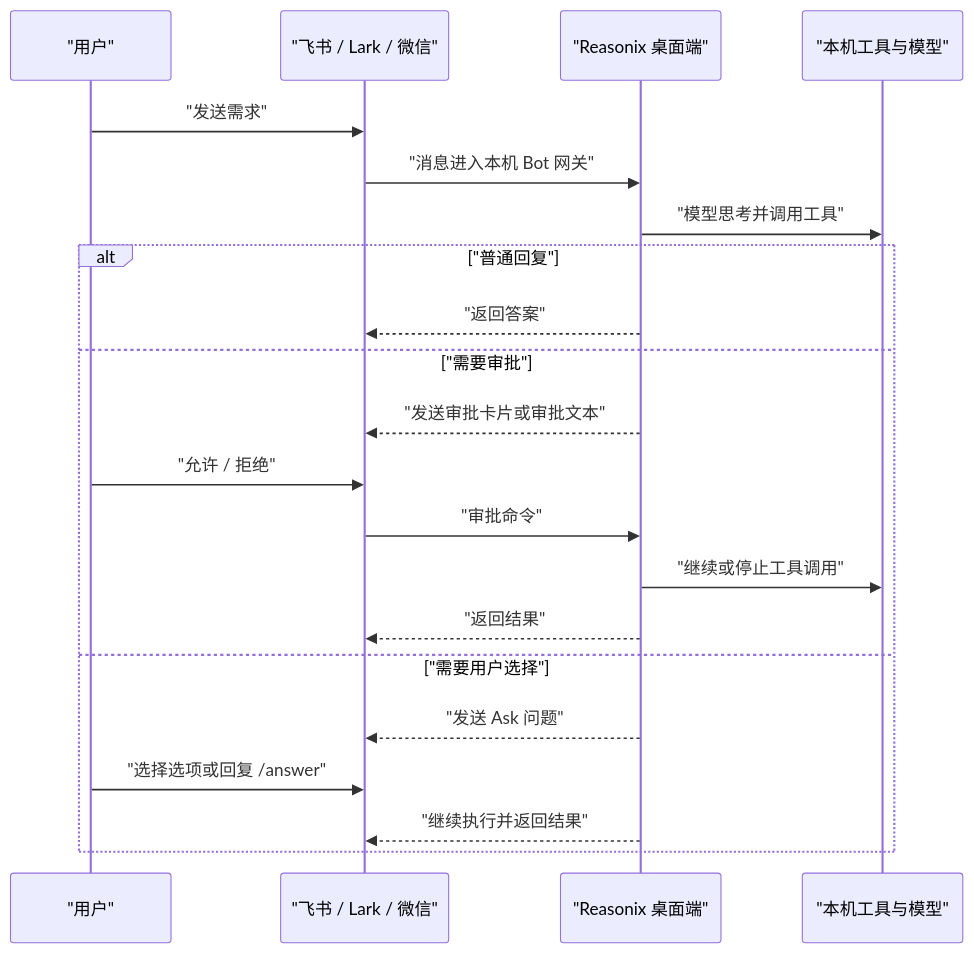
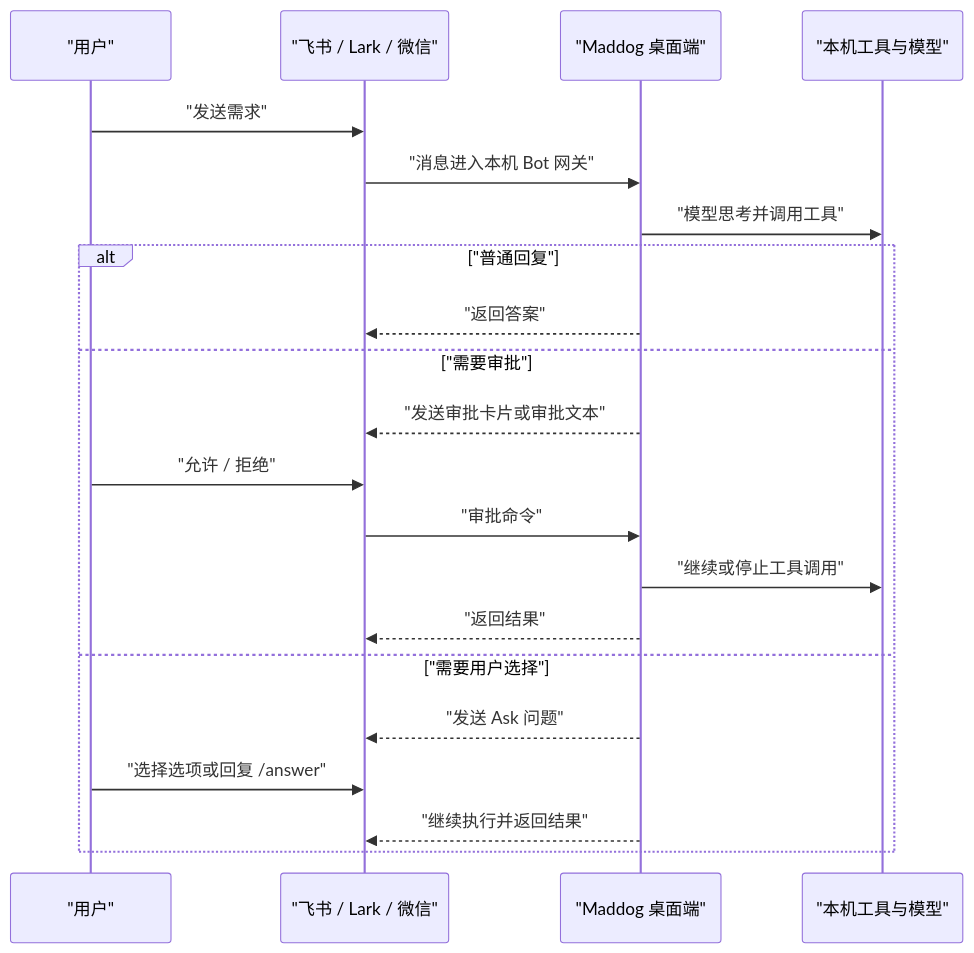
The second of 3 diagrams in DeepSeek-Reasonix/docs/BOT_GUIDE.zh-CN.md (sekkit/maddog), drawn with Mermaid before and after one commit. The commit also changed other lines of this file and 266 other files, not shown here.

````diff
--- a/DeepSeek-Reasonix/docs/BOT_GUIDE.zh-CN.md
+++ b/DeepSeek-Reasonix/docs/BOT_GUIDE.zh-CN.md
@@ -122,24 +122,24 @@
 ```mermaid
 sequenceDiagram
   participant U as "用户"
   participant IM as "飞书 / Lark / 微信"
-  participant R as "Reasonix 桌面端"
+  participant R as "Maddog 桌面端"
   participant T as "本机工具与模型"
 
   U->>IM: "发送需求"
   IM->>R: "消息进入本机 Bot 网关"
   R->>T: "模型思考并调用工具"
   alt "普通回复"
     R-->>IM: "返回答案"
   else "需要审批"
     R-->>IM: "发送审批卡片或审批文本"
     U->>IM: "允许 / 拒绝"
     IM->>R: "审批命令"
     R->>T: "继续或停止工具调用"
     R-->>IM: "返回结果"
   else "需要用户选择"
     R-->>IM: "发送 Ask 问题"
     U->>IM: "选择选项或回复 /answer"
     R-->>IM: "继续执行并返回结果"
   end
 ```
````
